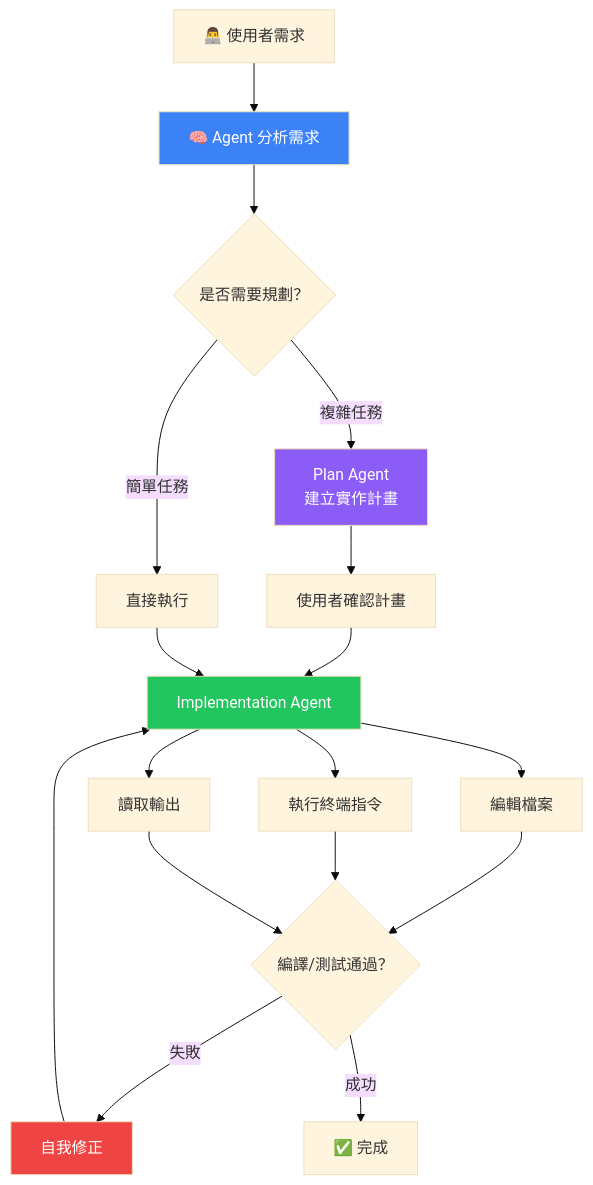
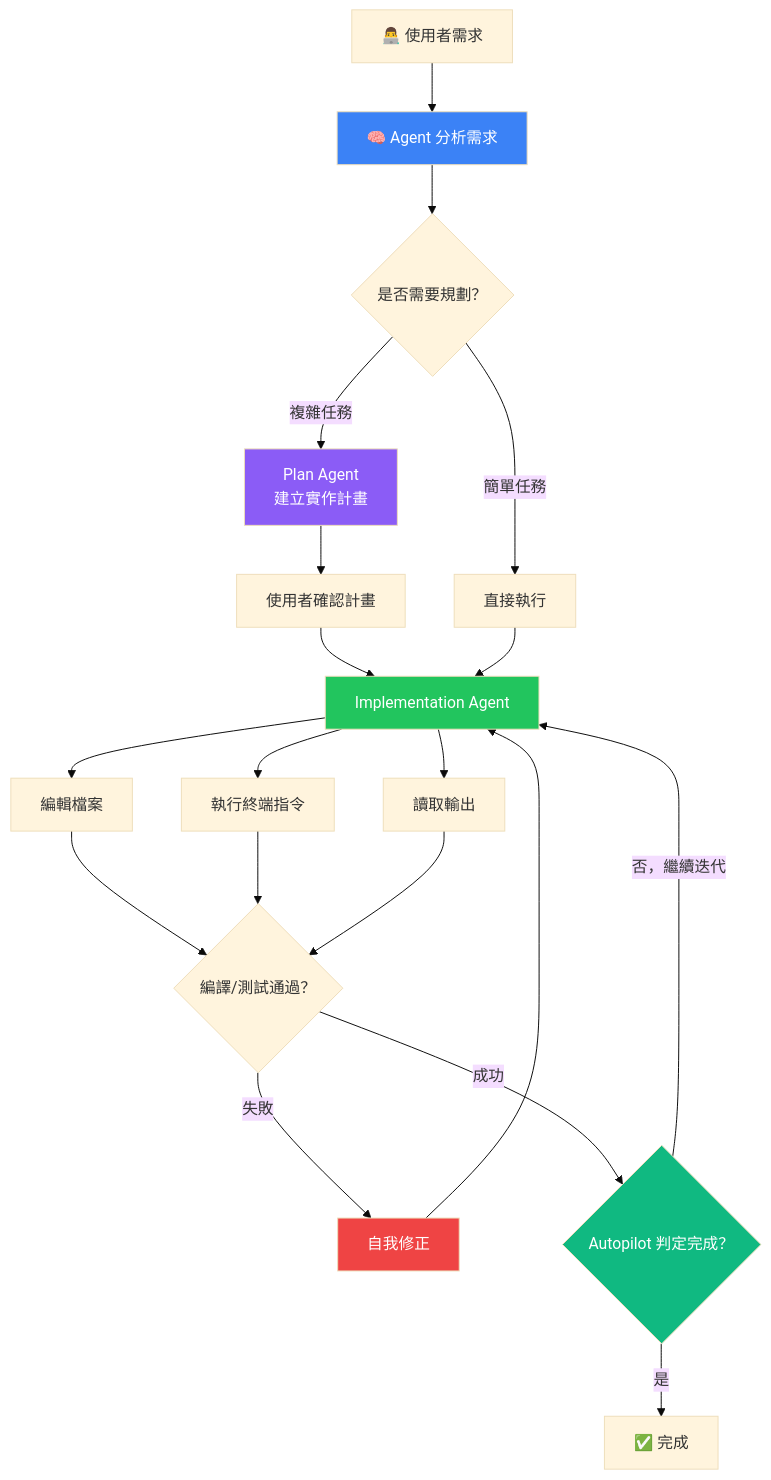
One commit to chihhung/Blog changed the seventh of 23 diagrams in content/posts/教學/AI開發/VS Code + GitHub Copilot 開發 Java Web 應用程式教學手冊.md. Above: the diagram before and after it, drawn with Mermaid (base theme). The commit also changed other lines of this file and 22 other files, not shown here.

````diff
--- a/content/posts/教學/AI開發/VS Code + GitHub Copilot 開發 Java Web 應用程式教學手冊.md
+++ b/content/posts/教學/AI開發/VS Code + GitHub Copilot 開發 Java Web 應用程式教學手冊.md
@@ -1332,24 +1411,27 @@
 ```mermaid
 flowchart TD
     A[👨‍💻 使用者需求] --> B[🧠 Agent 分析需求]
     B --> C{是否需要規劃？}
     C -->|簡單任務| D[直接執行]
     C -->|複雜任務| E[Plan Agent<br/>建立實作計畫]
     E --> F[使用者確認計畫]
     F --> G[Implementation Agent]
     D --> G
     G --> H[編輯檔案]
     G --> I[執行終端指令]
     G --> J[讀取輸出]
     H --> K{編譯/測試通過？}
     I --> K
     J --> K
     K -->|失敗| L[自我修正]
     L --> G
-    K -->|成功| M[✅ 完成]
+    K -->|成功| M{Autopilot 判定完成？}
+    M -->|否，繼續迭代| G
+    M -->|是| N[✅ 完成]
     
     style B fill:#3b82f6,color:#fff
     style E fill:#8b5cf6,color:#fff
     style G fill:#22c55e,color:#fff
     style L fill:#ef4444,color:#fff
+    style M fill:#10b981,color:#fff
 ```
````
